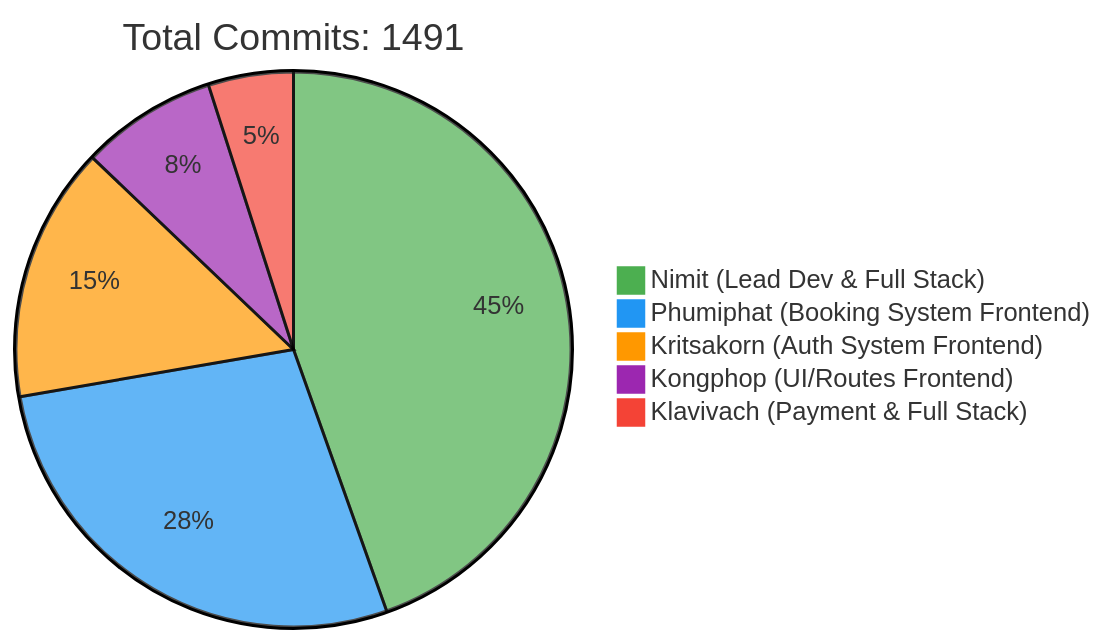
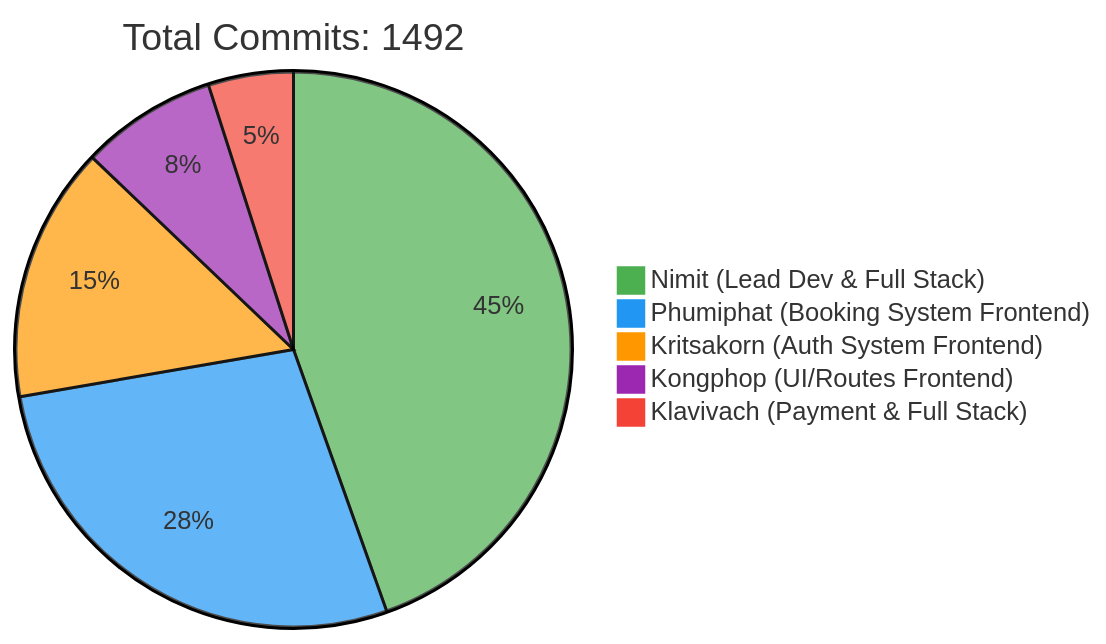
One commit to 6531503042/Sport-Complex changed the first of 2 diagrams in README.md. Above: the diagram before and after it, drawn with Mermaid. The commit also changed other lines of this file, not shown here.

Commit message:
docs: Update contributor statistics [skip ci]

````diff
--- a/README.md
+++ b/README.md
@@ -257,10 +257,10 @@
 ```mermaid
 %%{init: {'theme': 'base', 'themeVariables': { 'pie1': '#4CAF50', 'pie2': '#2196F3', 'pie3': '#FF9800', 'pie4': '#9C27B0', 'pie5': '#F44336'}}}%%
 pie
-    title Total Commits: 1491
+    title Total Commits: 1492
     "Nimit (Lead Dev & Full Stack)" : 450
     "Phumiphat (Booking System Frontend)" : 280
     "Kritsakorn (Auth System Frontend)" : 150
     "Kongphop (UI/Routes Frontend)" : 80
     "Klavivach (Payment & Full Stack)" : 50
 ```
````
